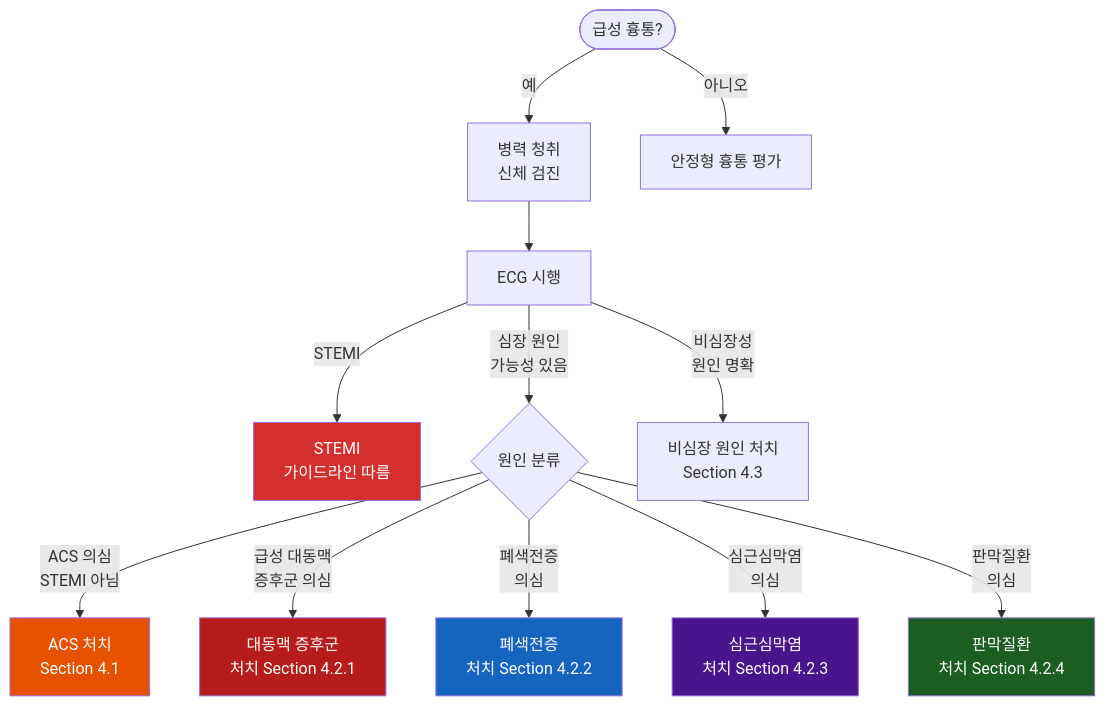
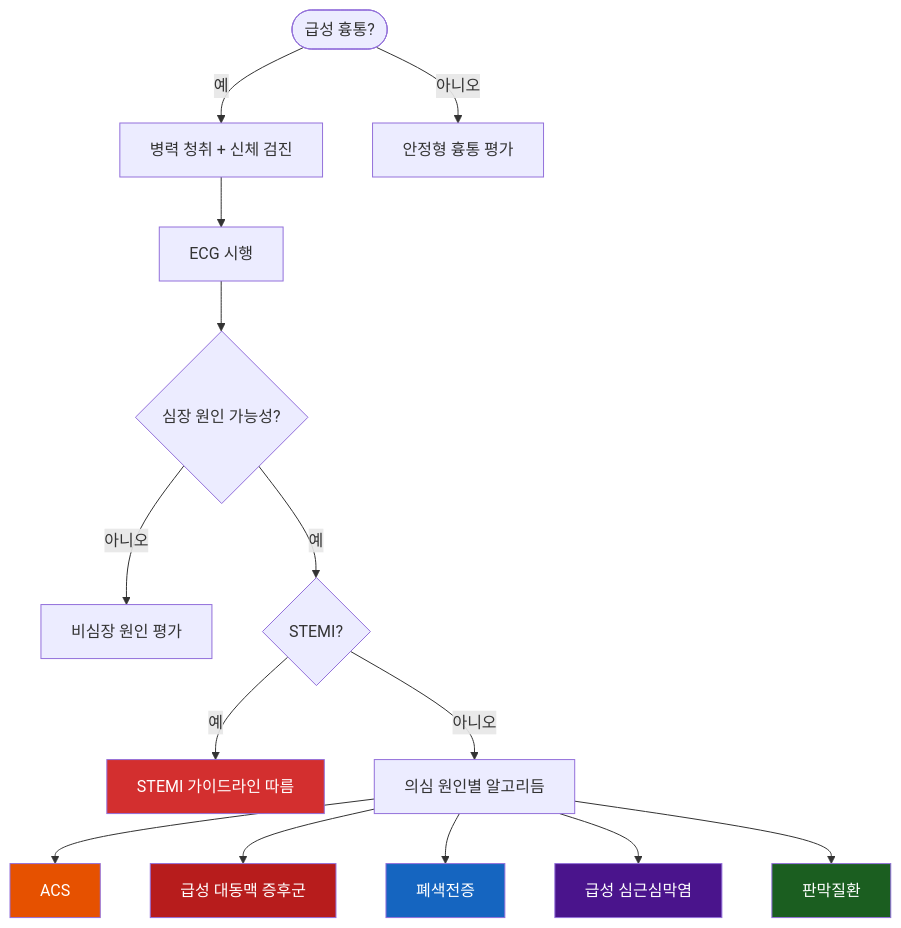
The second of 2 diagrams in 220_/002_-chest-pain.md (familyoh77/familyoh77), drawn with Mermaid before and after one commit. The commit also changed other lines of this file, not shown here.

````diff
--- a/220_/002_-chest-pain.md
+++ b/220_/002_-chest-pain.md
@@ -320,24 +318,27 @@
 ```mermaid
 flowchart TD
-    A([급성 흉통?]) -->|예| B[병력 청취\n신체 검진]
+    A([급성 흉통?]) -->|예| B[병력 청취 + 신체 검진]
     A -->|아니오| Z[안정형 흉통 평가]
 
     B --> C[ECG 시행]
 
-    C -->|STEMI| D[STEMI\n가이드라인 따름]
-    C -->|심장 원인\n가능성 있음| E{원인 분류}
-    C -->|비심장성\n원인 명확| F[비심장 원인 처치\n Section 4.3]
+    C --> P{심장 원인 가능성?}
+    P -->|아니오| F[비심장 원인 평가]
+    P -->|예| Q{STEMI?}
 
-    E -->|ACS 의심\nSTEMI 아님| G[ACS 처치\nSection 4.1]
-    E -->|급성 대동맥\n증후군 의심| H[대동맥 증후군\n처치 Section 4.2.1]
-    E -->|폐색전증\n의심| I[폐색전증\n처치 Section 4.2.2]
-    E -->|심근심막염\n의심| J[심근심막염\n처치 Section 4.2.3]
-    E -->|판막질환\n의심| K[판막질환\n처치 Section 4.2.4]
+    Q -->|예| D[STEMI 가이드라인 따름]
+    Q -->|아니오| E[의심 원인별 알고리듬]
+
+    E --> G[ACS]
+    E --> H[급성 대동맥 증후군]
+    E --> I[폐색전증]
+    E --> J[급성 심근심막염]
+    E --> K[판막질환]
 
     style D fill:#d32f2f,color:#fff
     style G fill:#e65100,color:#fff
     style H fill:#b71c1c,color:#fff
     style I fill:#1565c0,color:#fff
     style J fill:#4a148c,color:#fff
     style K fill:#1b5e20,color:#fff
 ```
````
